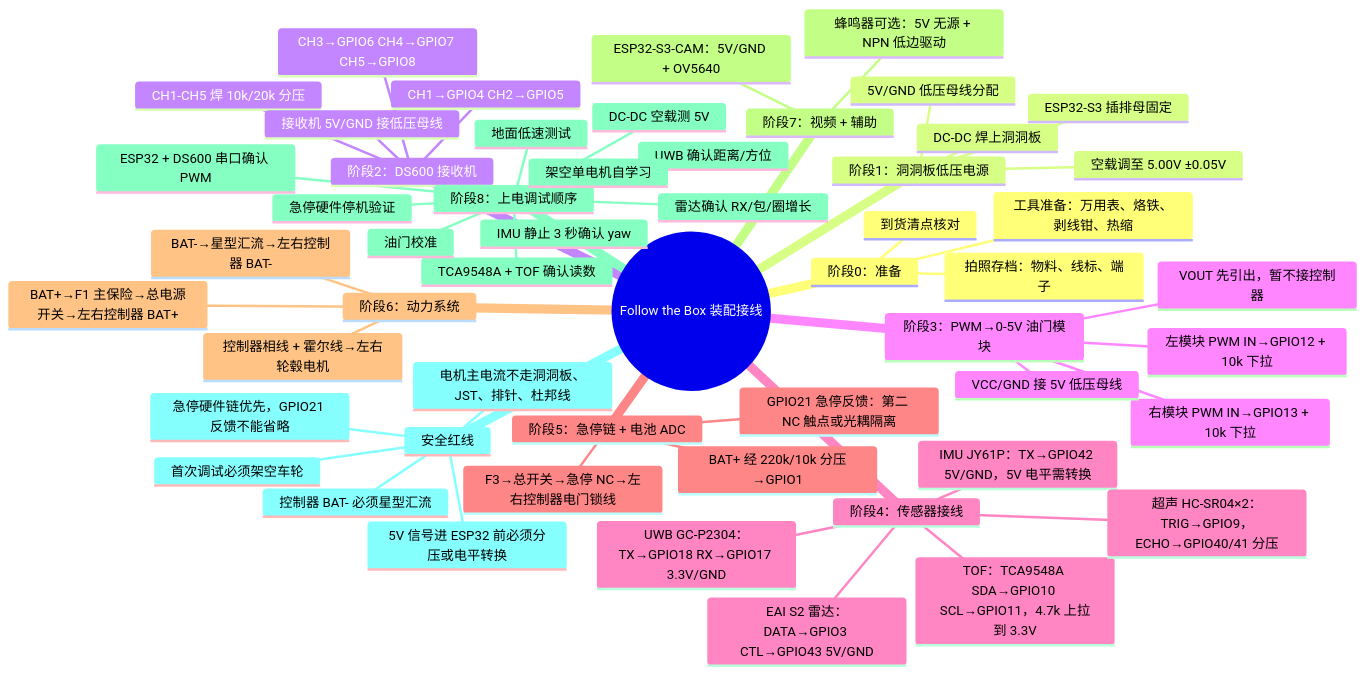
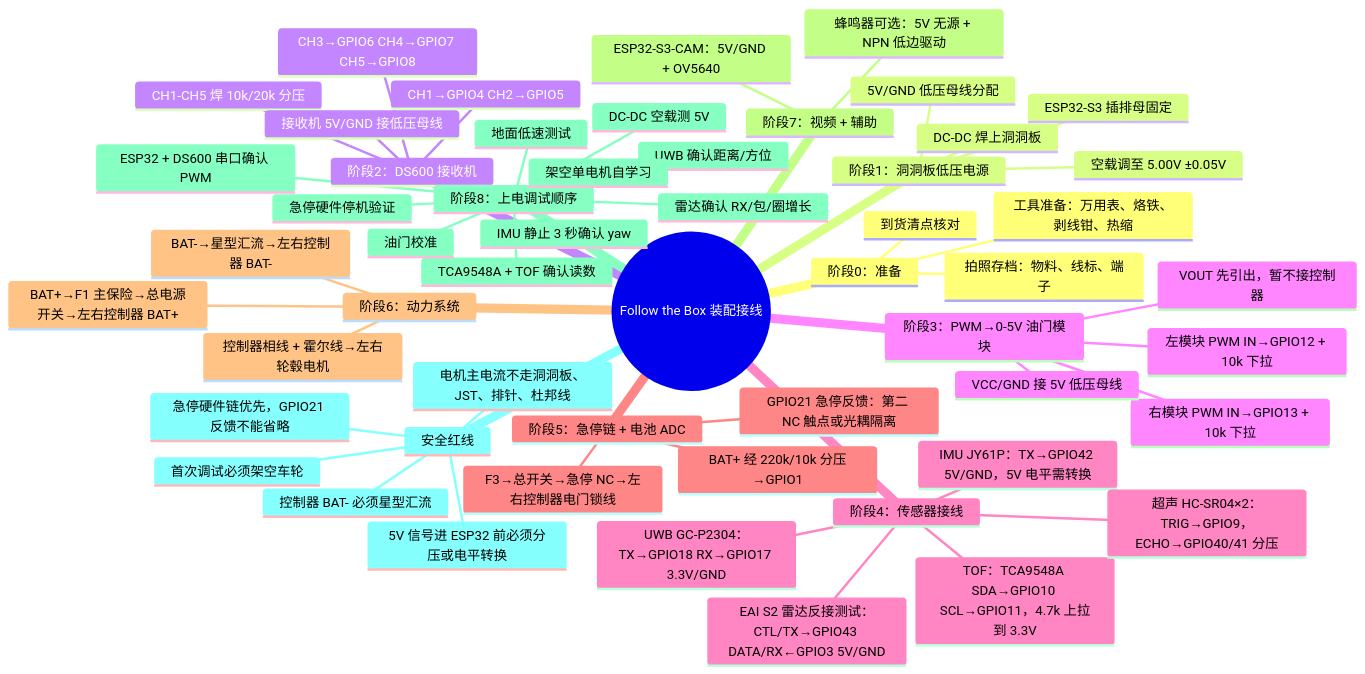
The diagram in ASSEMBLY-WIRING-GUIDE.md (boonyu496/follow-the-box), drawn with Mermaid before and after one commit. The commit also changed other lines of this file and 39 other files, not shown here.

````diff
--- a/ASSEMBLY-WIRING-GUIDE.md
+++ b/ASSEMBLY-WIRING-GUIDE.md
@@ -13,57 +13,57 @@
 ```mermaid
 mindmap
     root((Follow the Box 装配接线))
         阶段0：准备
             到货清点核对
             工具准备：万用表、烙铁、剥线钳、热缩
             拍照存档：物料、线标、端子
         阶段1：洞洞板低压电源
             DC-DC 焊上洞洞板
             空载调至 5.00V ±0.05V
             ESP32-S3 插排母固定
             5V/GND 低压母线分配
         阶段2：DS600 接收机
             CH1-CH5 焊 10k/20k 分压
             CH1→GPIO4 CH2→GPIO5
             CH3→GPIO6 CH4→GPIO7 CH5→GPIO8
             接收机 5V/GND 接低压母线
         阶段3：PWM→0-5V 油门模块
             左模块 PWM IN→GPIO12 + 10k 下拉
             右模块 PWM IN→GPIO13 + 10k 下拉
             VCC/GND 接 5V 低压母线
             VOUT 先引出，暂不接控制器
         阶段4：传感器接线
             UWB GC-P2304：TX→GPIO18 RX→GPIO17 3.3V/GND
-            EAI S2 雷达：DATA→GPIO3 CTL→GPIO43 5V/GND
+            EAI S2 雷达反接测试：CTL/TX→GPIO43 DATA/RX←GPIO3 5V/GND
             IMU JY61P：TX→GPIO42 5V/GND，5V 电平需转换
             TOF：TCA9548A SDA→GPIO10 SCL→GPIO11，4.7k 上拉到 3.3V
             超声 HC-SR04×2：TRIG→GPIO9，ECHO→GPIO40/41 分压
         阶段5：急停链 + 电池 ADC
             F3→总开关→急停 NC→左右控制器电门锁线
             GPIO21 急停反馈：第二 NC 触点或光耦隔离
             BAT+ 经 220k/10k 分压→GPIO1
         阶段6：动力系统
             BAT+→F1 主保险→总电源开关→左右控制器 BAT+
             BAT-→星型汇流→左右控制器 BAT-
             控制器相线 + 霍尔线→左右轮毂电机
         阶段7：视频 + 辅助
             ESP32-S3-CAM：5V/GND + OV5640
             蜂鸣器可选：5V 无源 + NPN 低边驱动
         阶段8：上电调试顺序
             DC-DC 空载测 5V
             ESP32 + DS600 串口确认 PWM
             TCA9548A + TOF 确认读数
             UWB 确认距离/方位
             雷达确认 RX/包/圈增长
             IMU 静止 3 秒确认 yaw
             架空单电机自学习
             油门校准
             急停硬件停机验证
             地面低速测试
         安全红线
             电机主电流不走洞洞板、JST、排针、杜邦线
             5V 信号进 ESP32 前必须分压或电平转换
             急停硬件链优先，GPIO21 反馈不能省略
             控制器 BAT- 必须星型汇流
             首次调试必须架空车轮
 ```
````
